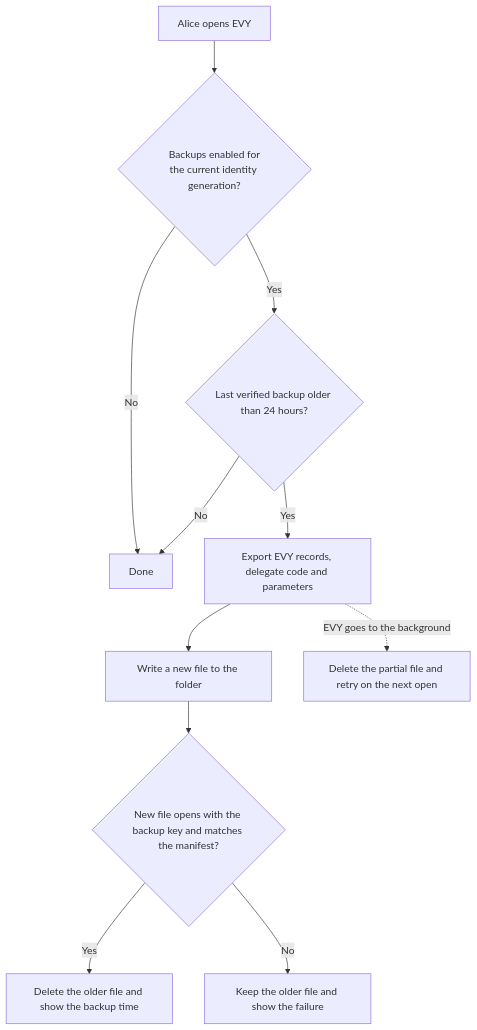
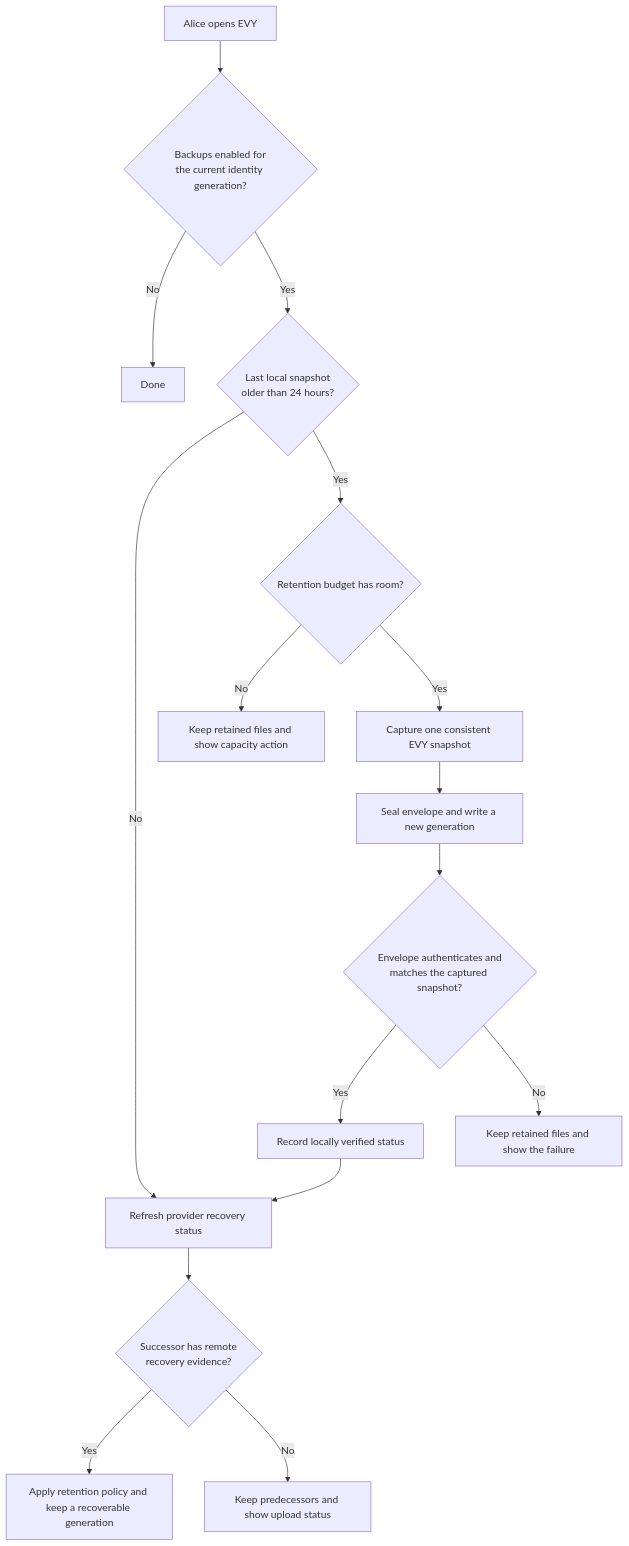
The diagram in 3-optional-extensions/01-backup.md (EVY-Platform/evy-freenet-plans), drawn with Mermaid before and after one commit. The commit also changed other lines of this file and 35 other files, not shown here.

````diff
--- a/3-optional-extensions/01-backup.md
+++ b/3-optional-extensions/01-backup.md
@@ -57,13 +63,18 @@
 ```mermaid
 flowchart TD
   A[Alice opens EVY] --> Enabled{Backups enabled for<br>the current identity generation?}
   Enabled -- No --> Z[Done]
-  Enabled -- Yes --> B{Last verified backup older than 24 hours?}
-  B -- No --> Z[Done]
-  B -- Yes --> C[Export EVY records, delegate code and parameters]
-  C --> D[Write a new file to the folder]
-  D --> E{New file opens with the backup key and matches the manifest?}
-  E -- Yes --> F[Delete the older file and show the backup time]
-  E -- No --> G[Keep the older file and show the failure]
-  C -. EVY goes to the background .-> H[Delete the partial file and retry on the next open]
+  Enabled -- Yes --> B{Last local snapshot<br>older than 24 hours?}
+  B -- No --> Check[Refresh provider recovery status]
+  B -- Yes --> Space{Retention budget has room?}
+  Space -- No --> Hold[Keep retained files and show capacity action]
+  Space -- Yes --> C[Capture one consistent EVY snapshot]
+  C --> D[Seal envelope and write a new generation]
+  D --> E{Envelope authenticates and<br>matches the captured snapshot?}
+  E -- Yes --> F[Record locally verified status]
+  E -- No --> G[Keep retained files and show the failure]
+  F --> Check
+  Check --> Remote{Successor has remote<br>recovery evidence?}
+  Remote -- Yes --> Prune[Apply retention policy and keep a recoverable generation]
+  Remote -- No --> Keep[Keep predecessors and show upload status]
 ```
````
